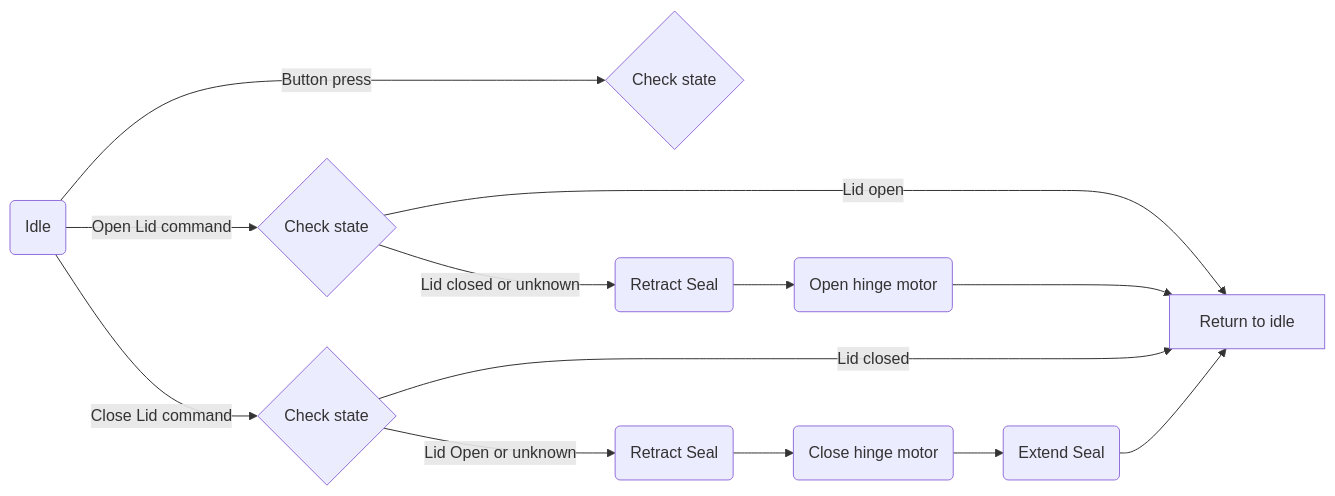
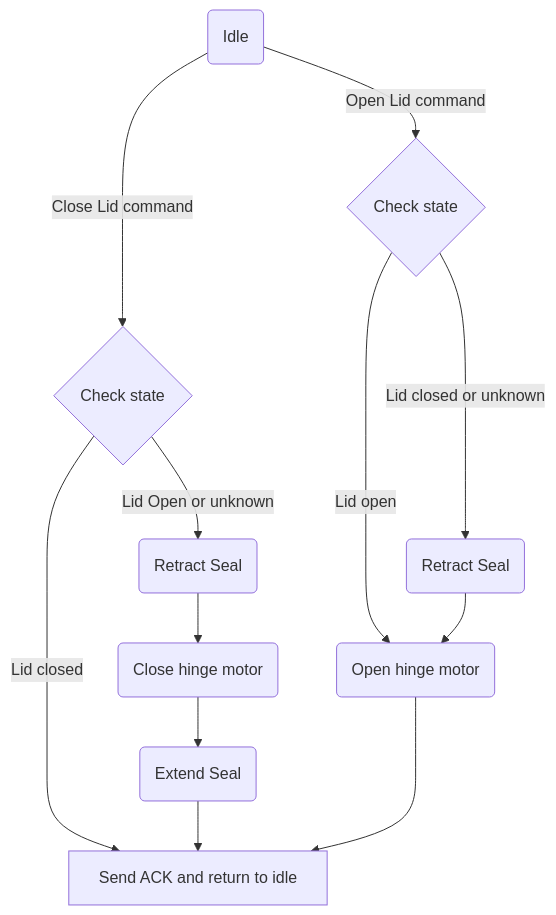
The first of 3 diagrams in stm32-modules/thermocycler-gen2/firmware/motor_task/README.md (Opentrons/opentrons-modules), drawn with Mermaid before and after one commit.

Commit message:
Cleaner diagrams

````diff
--- a/stm32-modules/thermocycler-gen2/firmware/motor_task/README.md
+++ b/stm32-modules/thermocycler-gen2/firmware/motor_task/README.md
@@ -6,27 +6,25 @@
 ```mermaid
-graph LR
+graph TD
     A(Idle)
-    B{Check state}
     C{Check state}
     D{Check state}
     F(Retract Seal)
     Falt(Retract Seal)
     G(Extend Seal)
-    E[Return to idle]
+    E[Send ACK and return to idle]
     H(Open hinge motor)
     I(Close hinge motor)
 
 
-    A --->|Button press| B
     A -->|Open Lid command| C
     A -->|Close Lid command| D
-    C ---->|Lid open| E
+    C ---->|Lid open| H
     D ---->|Lid closed| E
     C -->|Lid closed or unknown| F
     D -->|Lid Open or unknown| Falt
     F --> H 
     Falt --> I
     I --> G 
     G --> E
     H ---> E
 ```
````
